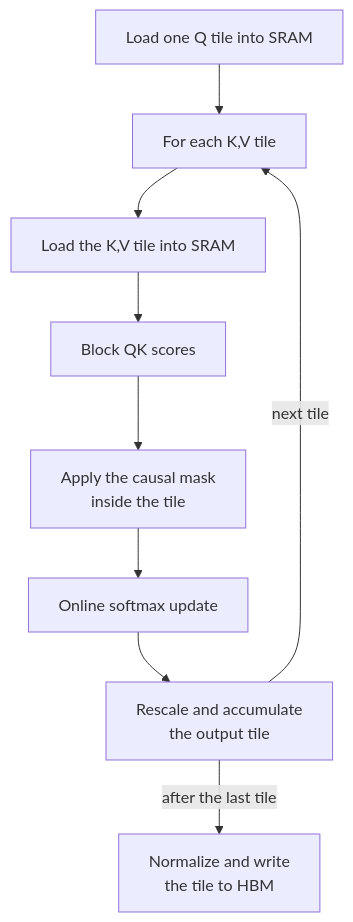
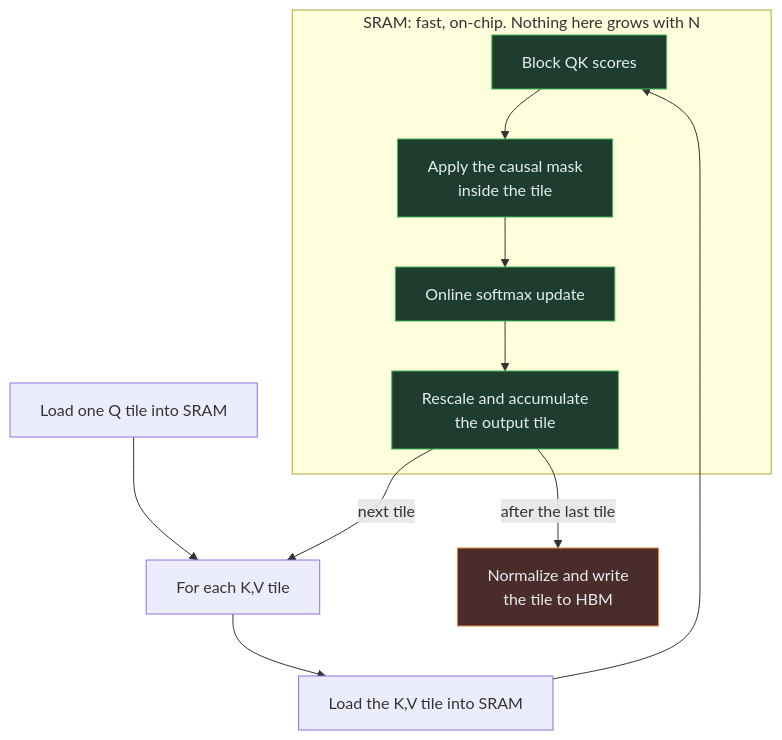
The diagram in walk-the-code/diagrams/tiled_flash.mmd (danilop/micro-gpt-and-beyond), drawn with Mermaid before and after one commit. The commit also changed 59 other files, not shown here.

```diff
--- a/walk-the-code/diagrams/tiled_flash.mmd
+++ b/walk-the-code/diagrams/tiled_flash.mmd
@@ -1,9 +1,24 @@
+%% palette: cheap = fast on-chip memory, costly = slow off-chip memory
 graph TD
-    t_load[Load one Q tile into SRAM] --> t_loop[For each K,V tile]
-    t_loop --> t_kv[Load the K,V tile into SRAM]
-    t_kv --> t_scores[Block QK scores]
-    t_scores --> t_mask[Apply the causal mask<br/>inside the tile]
-    t_mask --> t_compute[Online softmax update]
-    t_compute --> t_accum[Rescale and accumulate<br/>the output tile]
+    subgraph sram[SRAM: fast, on-chip. Nothing here grows with N]
+        t_scores[Block QK scores]
+        t_mask[Apply the causal mask<br/>inside the tile]
+        t_compute[Online softmax update]
+        t_accum[Rescale and accumulate<br/>the output tile]
+    end
+    t_load[Load one Q tile into SRAM]
+    t_loop[For each K,V tile]
+    t_kv[Load the K,V tile into SRAM]
+    t_write[Normalize and write<br/>the tile to HBM]
+    t_load --> t_loop
+    t_loop --> t_kv
+    t_kv --> t_scores
+    t_scores --> t_mask
+    t_mask --> t_compute
+    t_compute --> t_accum
     t_accum -->|next tile| t_loop
-    t_accum -->|after the last tile| t_write[Normalize and write<br/>the tile to HBM]
+    t_accum -->|after the last tile| t_write
+    classDef cheap fill:#1f3d2e,stroke:#3fb950,color:#e6edf3
+    classDef costly fill:#4a2c2a,stroke:#f0883e,color:#e6edf3
+    class t_scores,t_mask,t_compute,t_accum cheap
+    class t_write costly
```
